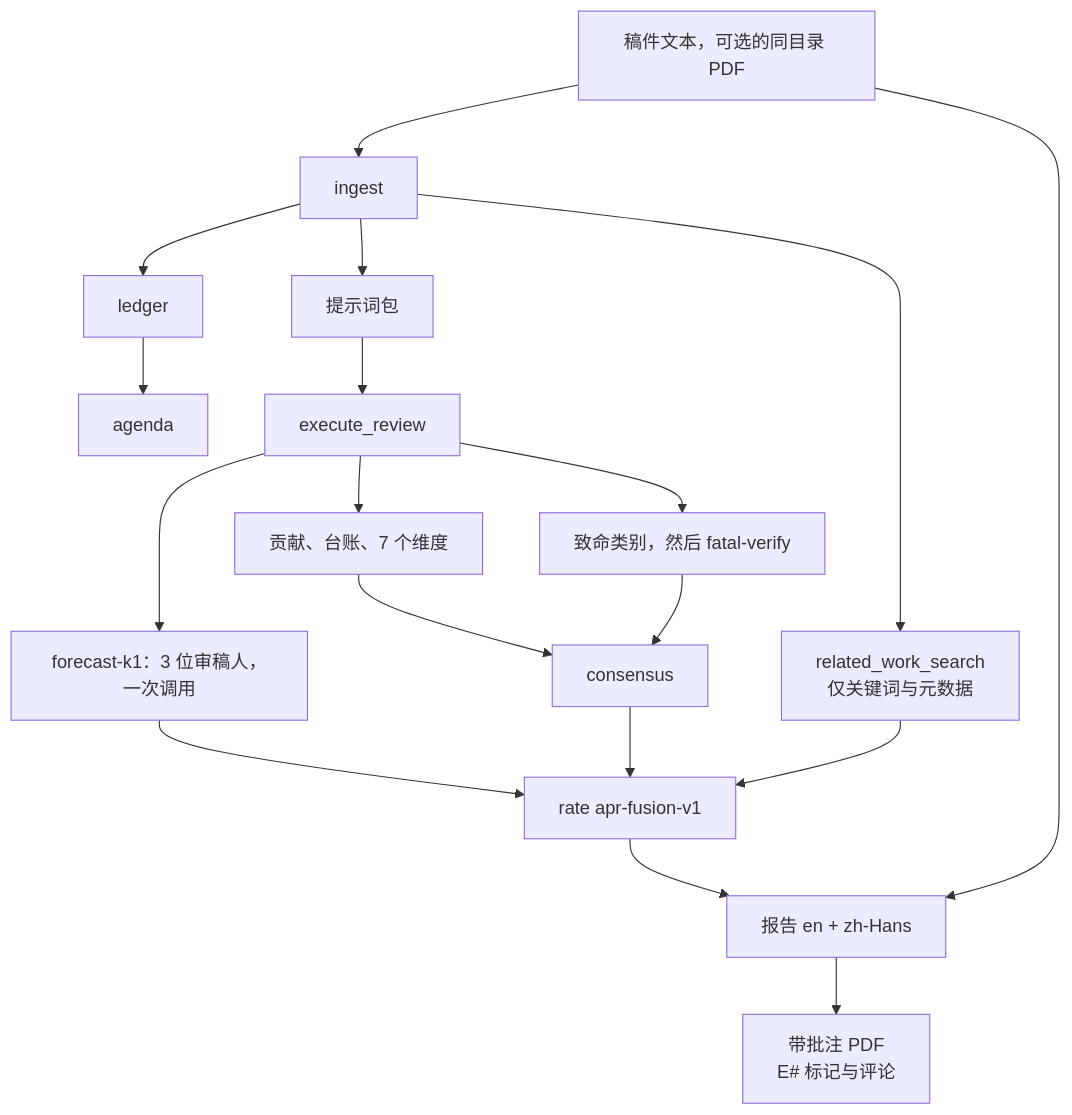
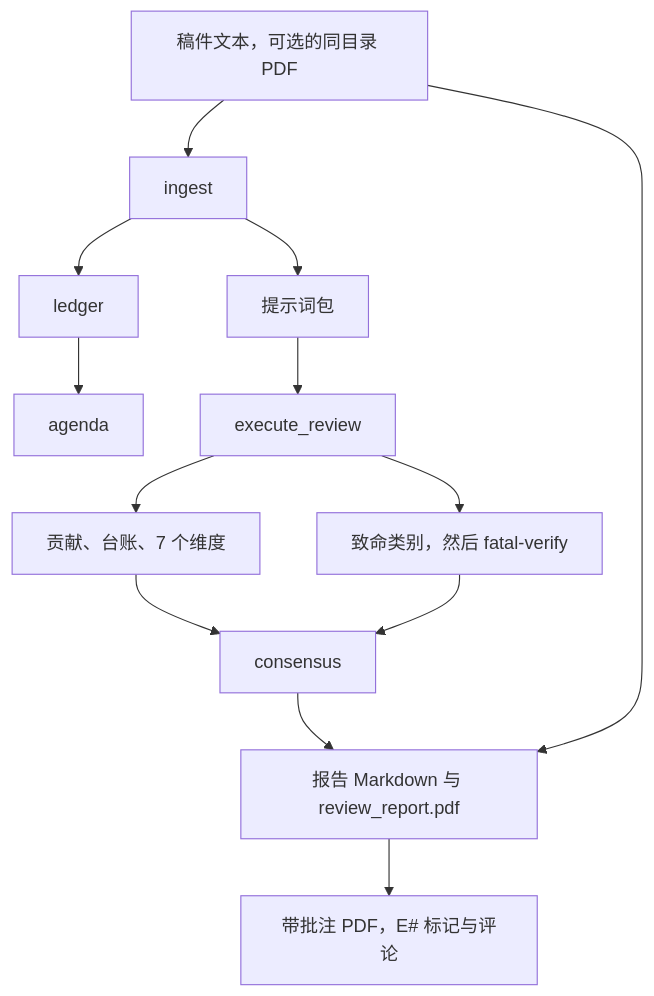
One commit to XR-Lee/AutoPaperReview changed the diagram in README.zh-CN.md. Above: the diagram before and after it, drawn with Mermaid. The commit also changed other lines of this file and 1 other file, not shown here.

First line of the commit message:
Split the README into a review guide and a benchmark track.

````diff
--- a/README.zh-CN.md
+++ b/README.zh-CN.md
@@ -253,19 +198,14 @@
 ```mermaid
 flowchart TD
   src["稿件文本，可选的同目录 PDF"] --> ingest
   ingest --> ledger --> agenda
   ingest --> packets["提示词包"]
   packets --> review["execute_review"]
   review --> evidence["贡献、台账、7 个维度"]
   review --> fatal["致命类别，然后 fatal-verify"]
-  review --> forecast["forecast-k1：3 位审稿人，一次调用"]
-  ingest --> search["related_work_search<br/>仅关键词与元数据"]
   evidence --> consensus
   fatal --> consensus
-  forecast --> rate["rate  apr-fusion-v1"]
-  consensus --> rate
-  search --> rate
-  rate --> report["报告  en + zh-Hans"]
+  consensus --> report["报告 Markdown 与 review_report.pdf"]
   src --> report
-  report --> pdf["带批注 PDF<br/>E# 标记与评论"]
+  report --> pdf["带批注 PDF，E# 标记与评论"]
 ```
````
